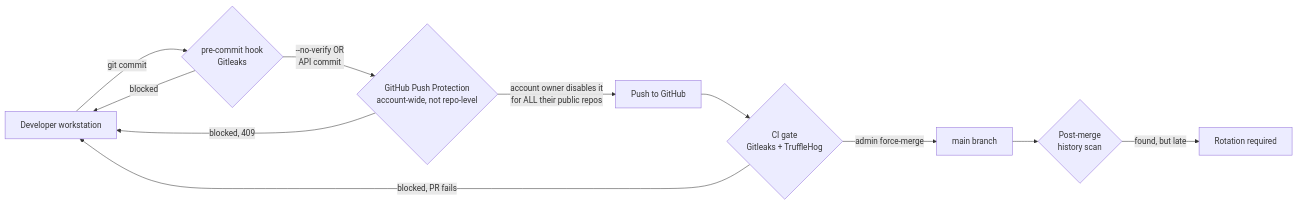
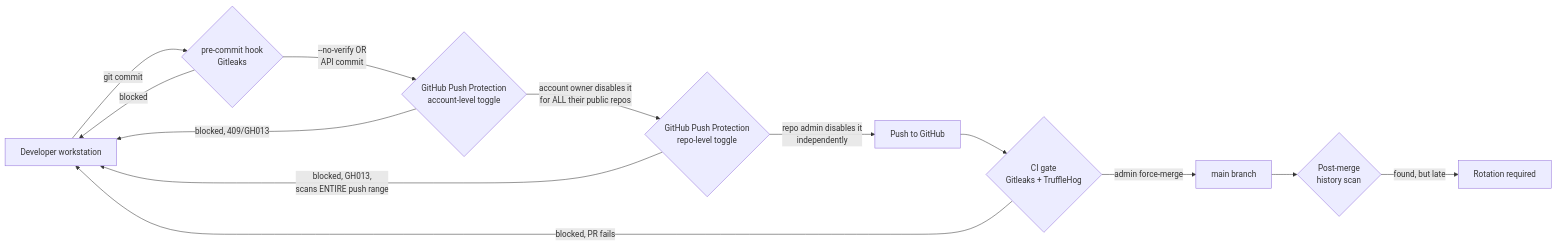
Before and after one commit to cbrkrtek/secrets-scanning-defense-in-depth: the diagram in docs/architecture.md, drawn with Mermaid. The commit also changed other lines of this file and 1 other file, not shown here.

Commit message:
modified experiment-log and diagram

````diff
--- a/docs/architecture.md
+++ b/docs/architecture.md
@@ -1,13 +1,15 @@
 ```mermaid
 flowchart LR
     A[Developer workstation] -->|git commit| B{pre-commit hook<br/>Gitleaks}
     B -->|blocked| A
-    B -->|--no-verify OR<br/>API commit| C{GitHub Push Protection<br/>account-wide, not repo-level}
-    C -->|blocked, 409| A
-    C -->|account owner disables it<br/>for ALL their public repos| D[Push to GitHub]
+    B -->|--no-verify OR<br/>API commit| C{GitHub Push Protection<br/>account-level toggle}
+    C -->|blocked, 409/GH013| A
+    C -->|account owner disables it<br/>for ALL their public repos| C2{GitHub Push Protection<br/>repo-level toggle}
+    C2 -->|blocked, GH013,<br/>scans ENTIRE push range| A
+    C2 -->|repo admin disables it<br/>independently| D[Push to GitHub]
     D --> E{CI gate<br/>Gitleaks + TruffleHog}
     E -->|blocked, PR fails| A
     E -->|admin force-merge| F[main branch]
     F --> G{Post-merge<br/>history scan}
     G -->|found, but late| H[Rotation required]
 ```
````
